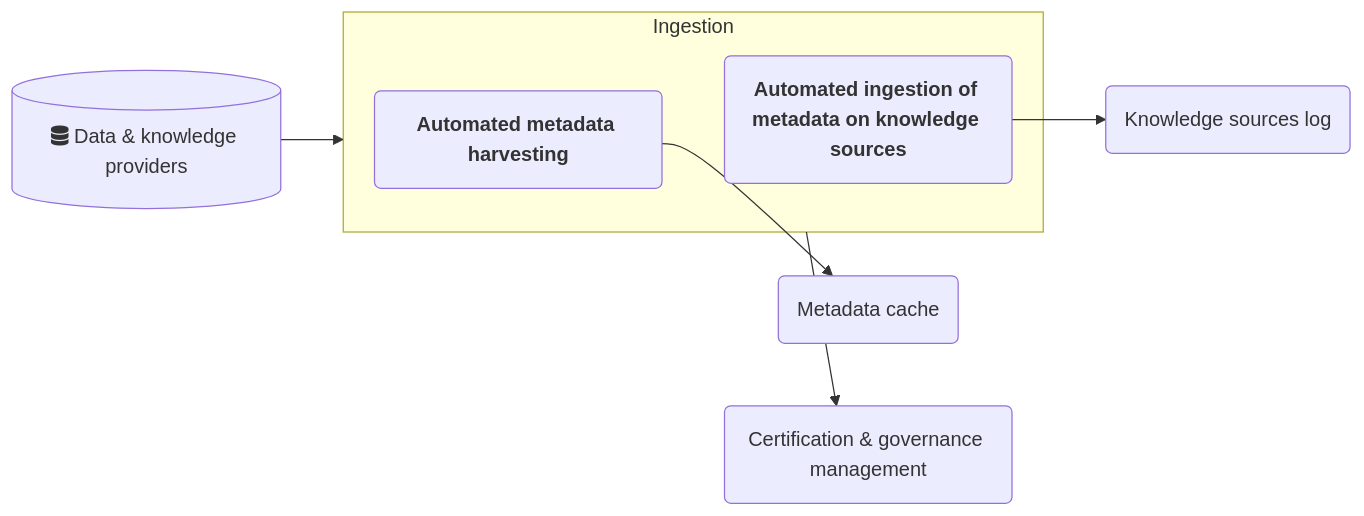
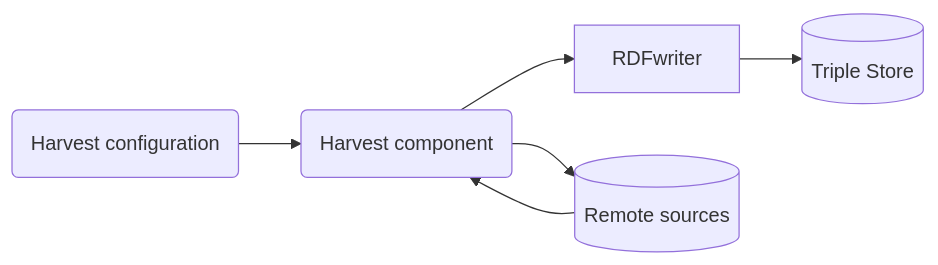
One commit to soilwise-he/SoilWise-documentation changed the second of 4 diagrams in tech/docs/technical_components/ingestion.md. Above: the diagram before and after it, drawn with Mermaid. The commit also changed other lines of this file, not shown here.

````diff
--- a/tech/docs/technical_components/ingestion.md
+++ b/tech/docs/technical_components/ingestion.md
@@ -3,11 +88,9 @@
 ``` mermaid
 flowchart LR
-    DBD[(fa:fa-database Data & knowledge providers)] --> I
-    AID --> MC(Metadata cache)
-    AIK --> KL(Knowledge sources log)
-    I --> CGM(Certification & governance management)
-subgraph I [Ingestion]
-    AID("`**Automated metadata harvesting**`") ~~~ AIK("`**Automated ingestion of metadata on knowledge sources**`")
-
-end
+    HC(Harvest configuration) --> AID
+    AID(Harvest component)
+    RW[RDFwriter] --> MC[(Triple Store)]
+    AID --> RS[(Remote sources)]
+    AID --> RW
+    RS --> AID
 ```
````
